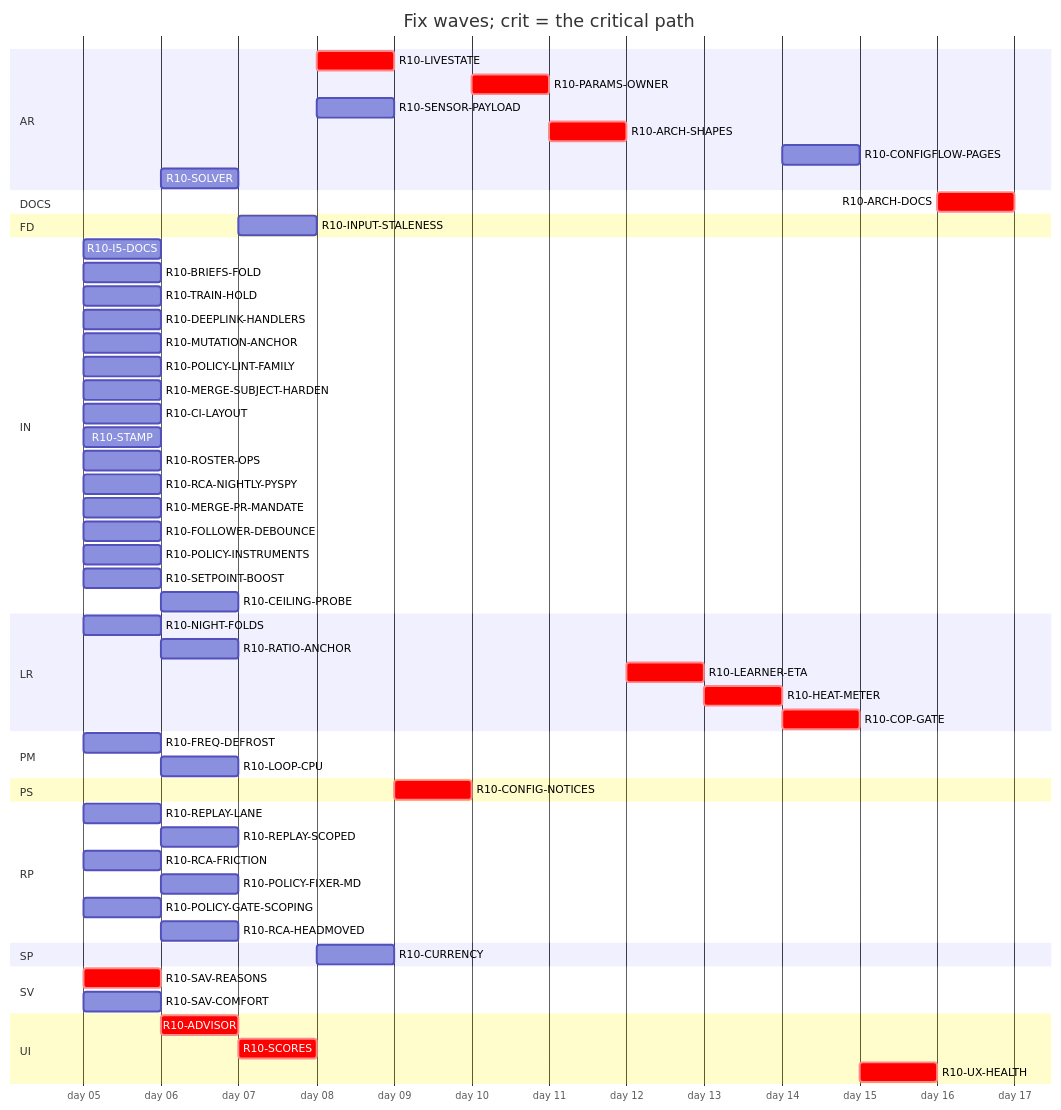
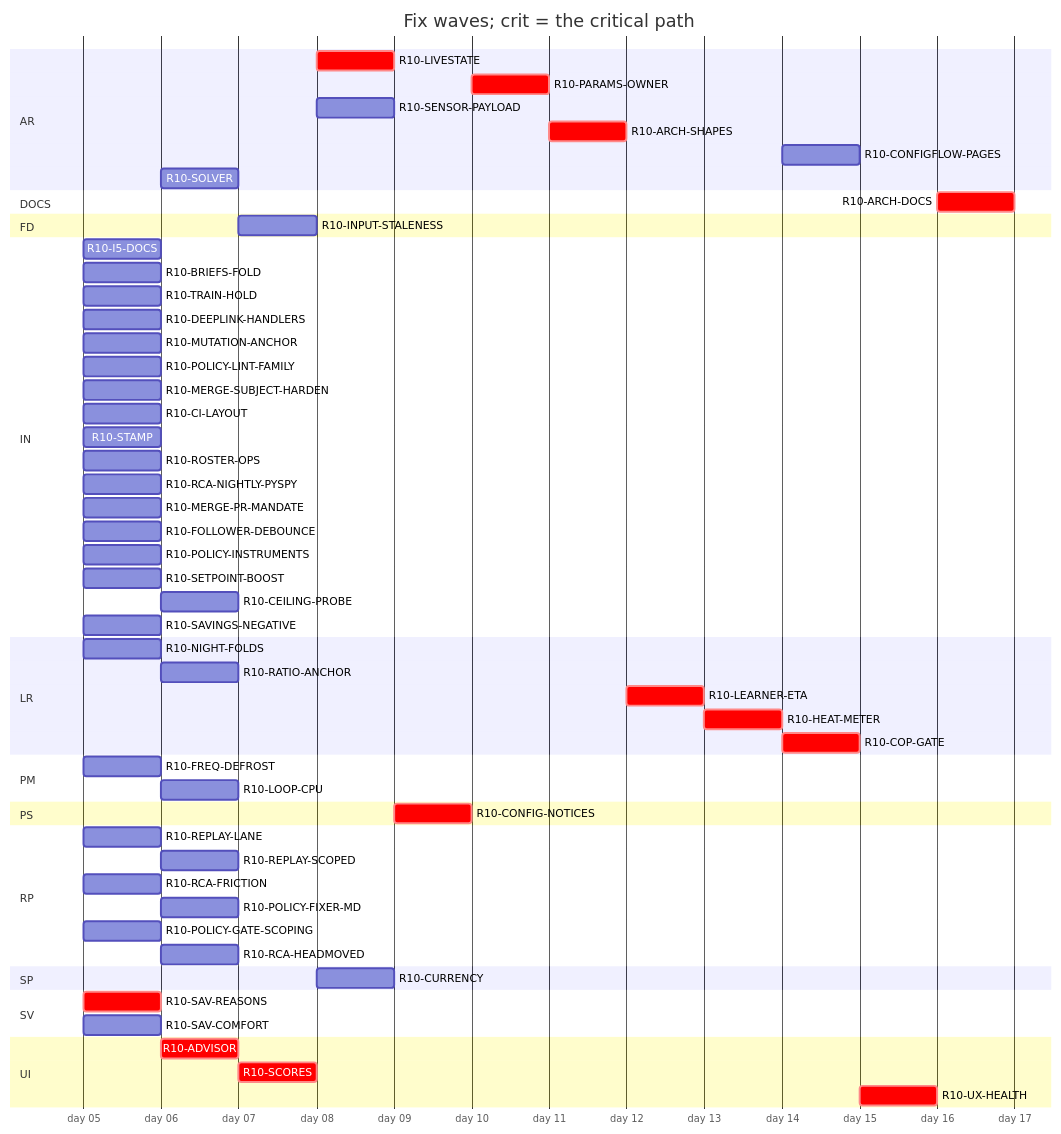
The diagram in handoff/round10/state/PLAN-TABLE.md (tvofi/heatpump_optimizer), drawn with Mermaid before and after one commit. The commit also changed other lines of this file and 2 other files, not shown here.

````diff
--- a/handoff/round10/state/PLAN-TABLE.md
+++ b/handoff/round10/state/PLAN-TABLE.md
@@ -24,61 +24,62 @@
 ```mermaid
 gantt
   title Fix waves; crit = the critical path
   dateFormat YYYY-MM-DD
   axisFormat day %d
   section AR
     R10-LIVESTATE :crit, r10LIVESTATE, after r10SCORES, 1d
     R10-PARAMS-OWNER :crit, r10PARAMSOWNER, after r10CONFIGNOTICES, 1d
     R10-SENSOR-PAYLOAD :r10SENSORPAYLOAD, after r10SCORES, 1d
     R10-ARCH-SHAPES :crit, r10ARCHSHAPES, after r10PARAMSOWNER r10SENSORPAYLOAD r10FREQDEFROST, 1d
     R10-CONFIGFLOW-PAGES :r10CONFIGFLOWPAGES, after r10HEATMETER, 1d
     R10-SOLVER :r10SOLVER, after r10SAVREASONS, 1d
   section DOCS
     R10-ARCH-DOCS :crit, r10ARCHDOCS, after r10NIGHTFOLDS r10RATIOANCHOR r10INPUTSTALENESS r10CURRENCY r10FREQDEFROST r10LOOPCPU r10SAVREASONS r10ADVISOR r10SCORES r10LIVESTATE r10CONFIGNOTICES r10PARAMSOWNER r10SENSORPAYLOAD r10ARCHSHAPES r10LEARNERETA r10HEATMETER r10COPGATE r10UXHEALTH r10CONFIGFLOWPAGES r10SOLVER r10I5DOCS r10BRIEFSFOLD r10REPLAYLANE r10REPLAYSCOPED r10TRAINHOLD r10DEEPLINKHANDLERS, 1d
   section FD
     R10-INPUT-STALENESS :r10INPUTSTALENESS, after r10RATIOANCHOR, 1d
   section IN
     R10-I5-DOCS :r10I5DOCS, 2026-01-05, 1d
     R10-BRIEFS-FOLD :r10BRIEFSFOLD, 2026-01-05, 1d
     R10-TRAIN-HOLD :r10TRAINHOLD, 2026-01-05, 1d
     R10-DEEPLINK-HANDLERS :r10DEEPLINKHANDLERS, 2026-01-05, 1d
     R10-MUTATION-ANCHOR :r10MUTATIONANCHOR, 2026-01-05, 1d
     R10-POLICY-LINT-FAMILY :r10POLICYLINTFAMILY, 2026-01-05, 1d
     R10-MERGE-SUBJECT-HARDEN :r10MERGESUBJECTHARDEN, 2026-01-05, 1d
     R10-CI-LAYOUT :r10CILAYOUT, 2026-01-05, 1d
     R10-STAMP :r10STAMP, 2026-01-05, 1d
     R10-ROSTER-OPS :r10ROSTEROPS, 2026-01-05, 1d
     R10-RCA-NIGHTLY-PYSPY :r10RCANIGHTLYPYSPY, 2026-01-05, 1d
     R10-MERGE-PR-MANDATE :r10MERGEPRMANDATE, 2026-01-05, 1d
     R10-FOLLOWER-DEBOUNCE :r10FOLLOWERDEBOUNCE, 2026-01-05, 1d
     R10-POLICY-INSTRUMENTS :r10POLICYINSTRUMENTS, 2026-01-05, 1d
     R10-SETPOINT-BOOST :r10SETPOINTBOOST, 2026-01-05, 1d
     R10-CEILING-PROBE :r10CEILINGPROBE, after r10SETPOINTBOOST r10CILAYOUT r10NIGHTFOLDS, 1d
+    R10-SAVINGS-NEGATIVE :r10SAVINGSNEGATIVE, 2026-01-05, 1d
   section LR
     R10-NIGHT-FOLDS :r10NIGHTFOLDS, 2026-01-05, 1d
     R10-RATIO-ANCHOR :r10RATIOANCHOR, after r10NIGHTFOLDS, 1d
     R10-LEARNER-ETA :crit, r10LEARNERETA, after r10ARCHSHAPES, 1d
     R10-HEAT-METER :crit, r10HEATMETER, after r10LEARNERETA r10INPUTSTALENESS r10RATIOANCHOR, 1d
     R10-COP-GATE :crit, r10COPGATE, after r10HEATMETER r10SENSORPAYLOAD, 1d
   section PM
     R10-FREQ-DEFROST :r10FREQDEFROST, 2026-01-05, 1d
     R10-LOOP-CPU :r10LOOPCPU, after r10FREQDEFROST, 1d
   section PS
     R10-CONFIG-NOTICES :crit, r10CONFIGNOTICES, after r10LIVESTATE, 1d
   section RP
     R10-REPLAY-LANE :r10REPLAYLANE, 2026-01-05, 1d
     R10-REPLAY-SCOPED :r10REPLAYSCOPED, after r10REPLAYLANE r10TRAINHOLD, 1d
     R10-RCA-FRICTION :r10RCAFRICTION, 2026-01-05, 1d
     R10-POLICY-FIXER-MD :r10POLICYFIXERMD, after r10RCAFRICTION r10BRIEFSFOLD, 1d
     R10-POLICY-GATE-SCOPING :r10POLICYGATESCOPING, 2026-01-05, 1d
     R10-RCA-HEADMOVED :r10RCAHEADMOVED, after r10RCAFRICTION, 1d
   section SP
     R10-CURRENCY :r10CURRENCY, after r10INPUTSTALENESS, 1d
   section SV
     R10-SAV-REASONS :crit, r10SAVREASONS, 2026-01-05, 1d
     R10-SAV-COMFORT :r10SAVCOMFORT, 2026-01-05, 1d
   section UI
     R10-ADVISOR :crit, r10ADVISOR, after r10SAVREASONS, 1d
     R10-SCORES :crit, r10SCORES, after r10ADVISOR, 1d
     R10-UX-HEALTH :crit, r10UXHEALTH, after r10SCORES r10COPGATE r10HEATMETER, 1d
 ```
````
